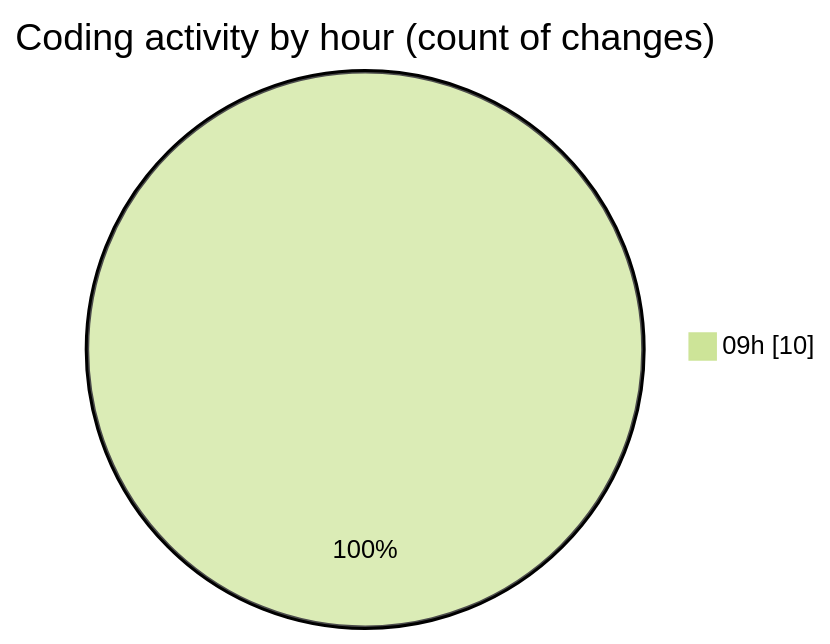
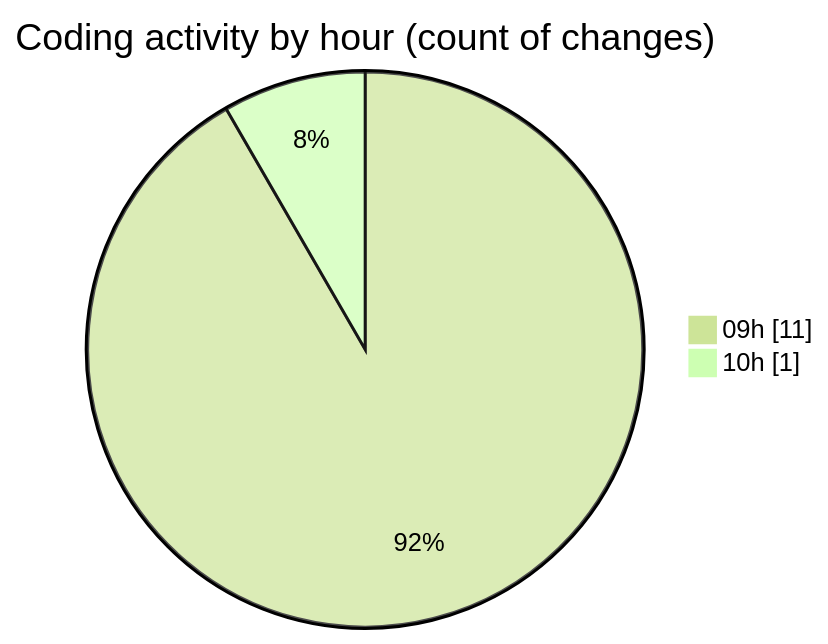
One commit to momahboobian/code-tracking changed the second of 2 diagrams in 2025-06-24/cda/README.md. Above: the diagram before and after it, drawn with Mermaid (forest theme). The commit also changed other lines of this file and 1 other file, not shown here.

````diff
--- a/2025-06-24/cda/README.md
+++ b/2025-06-24/cda/README.md
@@ -28,5 +28,6 @@
 ```mermaid
 pie showData
 title Coding activity by hour (count of changes)
-"09h" : 10
+"09h" : 11
+"10h" : 1
 ```
````
